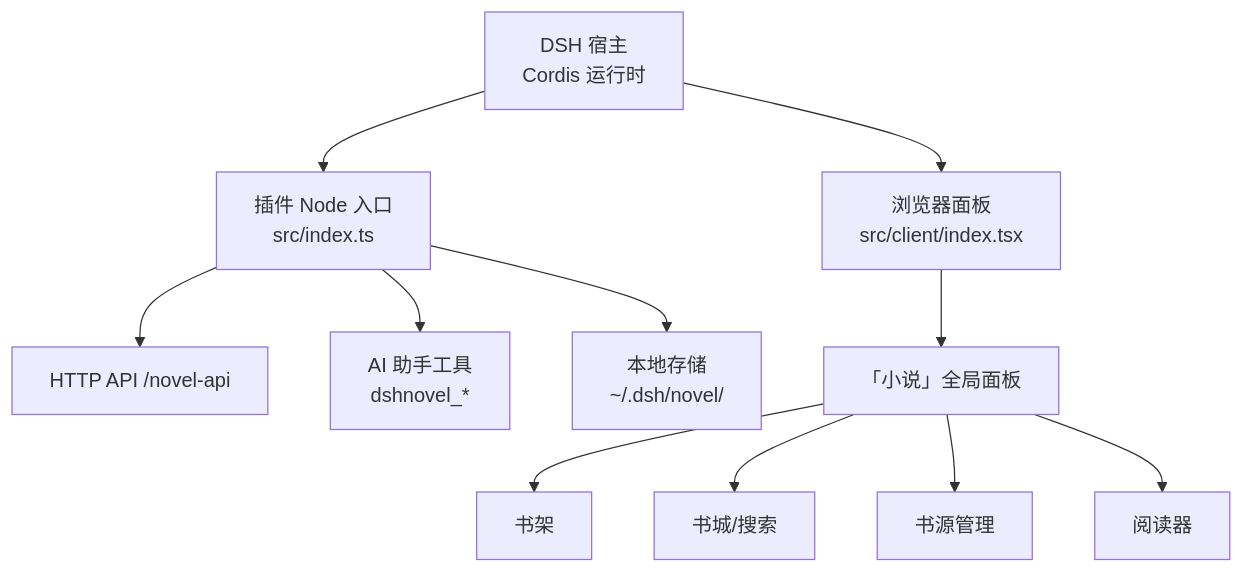
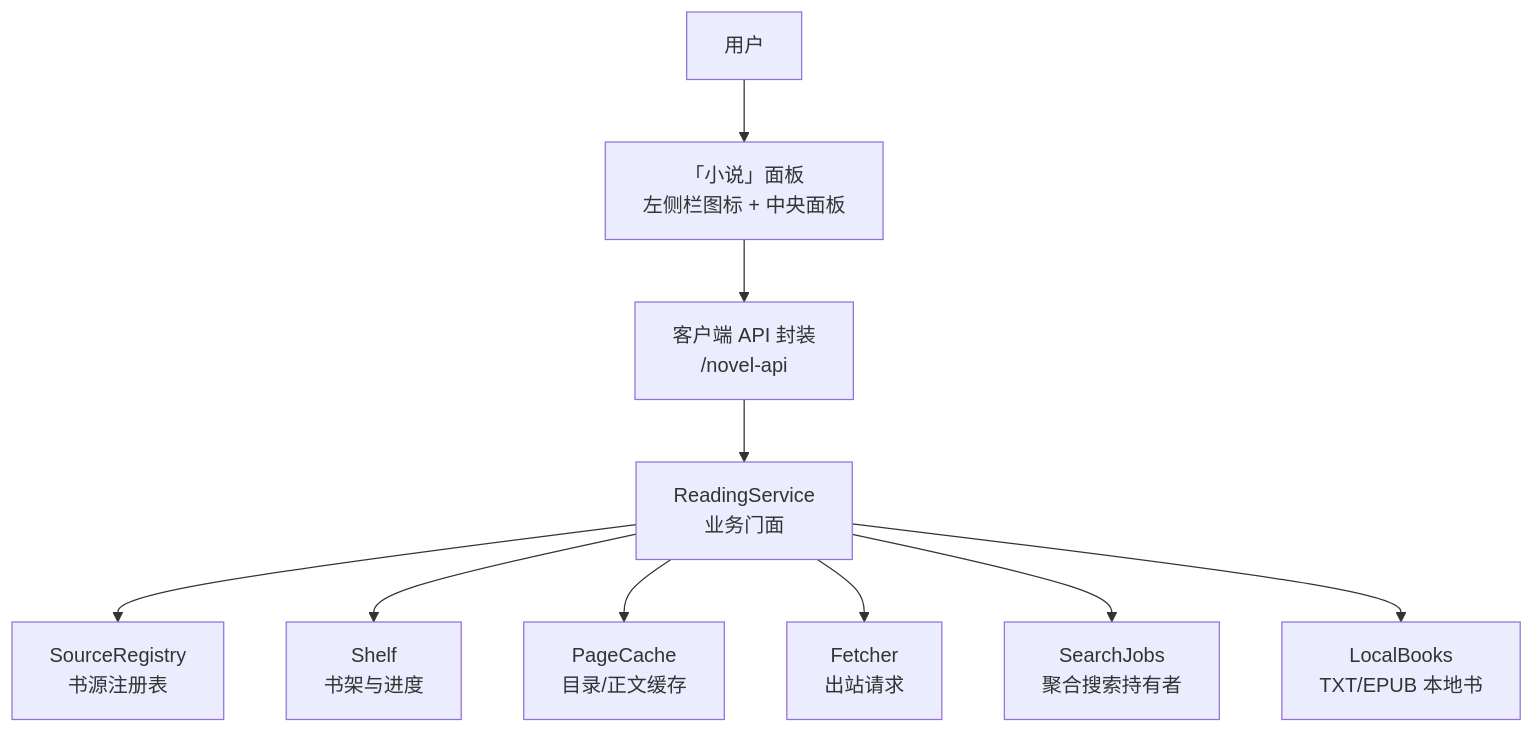
The second of 9 diagrams in .qoder/repowiki/zh/content/快速开始.md (xrn1997/dsh-novel), drawn with Mermaid before and after one commit. The commit also changed other lines of this file and 73 other files, not shown here.

````diff
--- a/.qoder/repowiki/zh/content/快速开始.md
+++ b/.qoder/repowiki/zh/content/快速开始.md
@@ -31,13 +141,12 @@
 ```mermaid
-graph TB
-  Host["DSH 宿主<br/>Cordis 运行时"] --> PluginNode["插件 Node 入口<br/>src/index.ts"]
-  PluginNode --> Api["HTTP API /novel-api"]
-  PluginNode --> Tools["AI 助手工具<br/>dshnovel_*"]
-  PluginNode --> Storage["本地存储<br/>~/.dsh/novel/"]
-  Host --> Browser["浏览器面板<br/>src/client/index.tsx"]
-  Browser --> Panel["「小说」全局面板"]
-  Panel --> Shelf["书架"]
-  Panel --> Search["书城/搜索"]
-  Panel --> Sources["书源管理"]
-  Panel --> Reader["阅读器"]
+flowchart TD
+    User["用户"] --> Panel["「小说」面板<br/>左侧栏图标 + 中央面板"]
+    Panel --> ApiClient["客户端 API 封装<br/>/novel-api"]
+    ApiClient --> ReadingService["ReadingService<br/>业务门面"]
+    ReadingService --> SourceRegistry["SourceRegistry<br/>书源注册表"]
+    ReadingService --> Shelf["Shelf<br/>书架与进度"]
+    ReadingService --> Cache["PageCache<br/>目录/正文缓存"]
+    ReadingService --> Fetcher["Fetcher<br/>出站请求"]
+    ReadingService --> SearchJobs["SearchJobs<br/>聚合搜索持有者"]
+    ReadingService --> LocalBooks["LocalBooks<br/>TXT/EPUB 本地书"]
 ```
````
